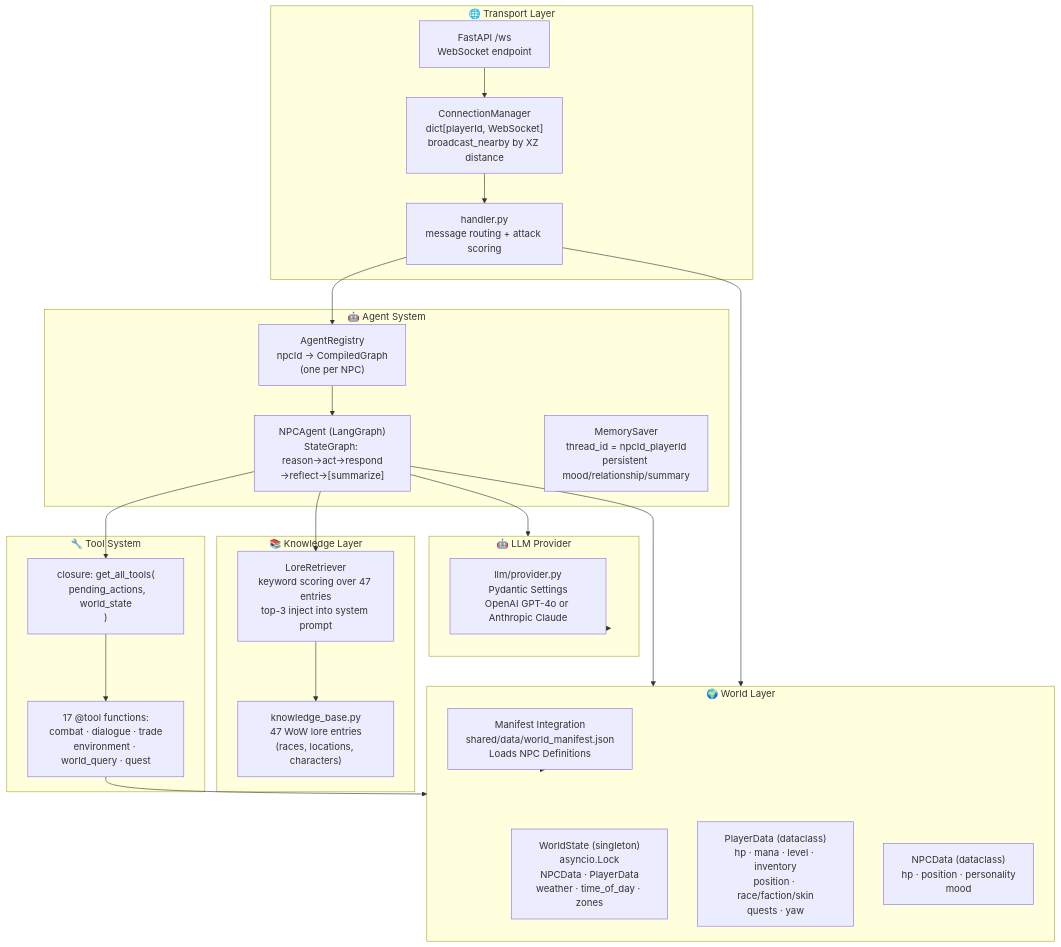
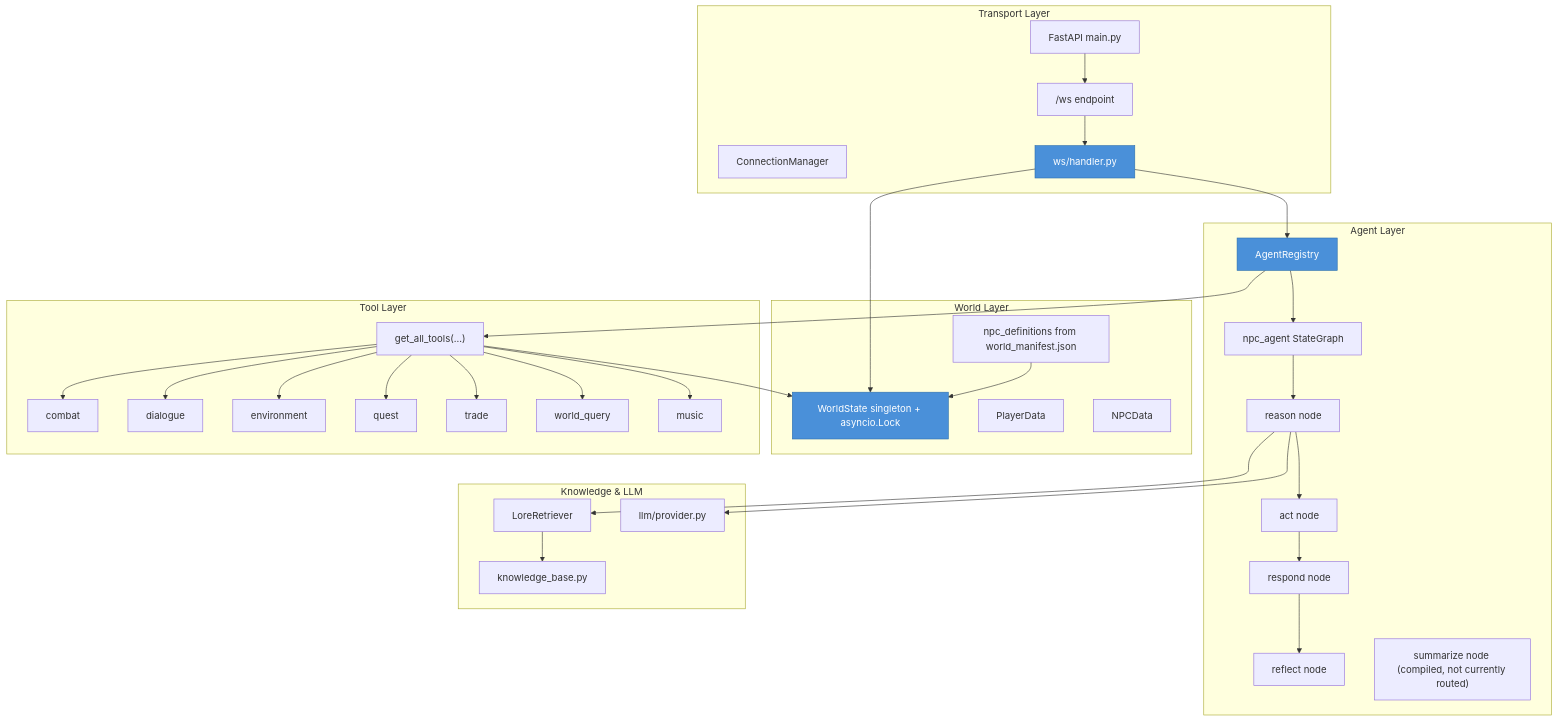
One commit to Zaexv/world-of-prompcraft changed the first of 7 diagrams in server/ARCHITECTURE.md. Above: the diagram before and after it, drawn with Mermaid. The commit also changed other lines of this file and 2 other files, not shown here.

Commit message:
docs(architecture): update client/server architecture docs

````diff
--- a/server/ARCHITECTURE.md
+++ b/server/ARCHITECTURE.md
@@ -9,46 +9,57 @@
 ```mermaid
 flowchart TD
-    subgraph Transport["🌐 Transport Layer"]
-        WS["FastAPI /ws\nWebSocket endpoint"]
-        CM["ConnectionManager\ndict[playerId, WebSocket]\nbroadcast_nearby by XZ distance"]
-        H["handler.py\nmessage routing + attack scoring"]
+    subgraph Transport["Transport Layer"]
+        API["FastAPI main.py"]
+        WS["/ws endpoint"]
+        CM["ConnectionManager"]
+        H["ws/handler.py"]
     end
 
-    subgraph AgentSystem["🤖 Agent System"]
-        AR["AgentRegistry\nnpcId → CompiledGraph\n(one per NPC)"]
-        AG["NPCAgent (LangGraph)\nStateGraph: reason→act→respond\n→reflect→[summarize]"]
-        MS["MemorySaver\nthread_id = npcId_playerId\npersistent mood/relationship/summary"]
+    subgraph Agent["Agent Layer"]
+        REG["AgentRegistry"]
+        G["npc_agent StateGraph"]
+        RN["reason node"]
+        AN["act node"]
+        RSP["respond node"]
+        RF["reflect node"]
+        SUM["summarize node (compiled, not currently routed)"]
     end
 
-    subgraph Tools["🔧 Tool System"]
-        TC["closure: get_all_tools(\n  pending_actions, world_state\n)"]
-        TK["17 @tool functions:\ncombat · dialogue · trade\nenvironment · world_query · quest"]
+    subgraph World["World Layer"]
+        WSTATE["WorldState singleton + asyncio.Lock"]
+        PDATA["PlayerData"]
+        NDATA["NPCData"]
+        NDEF["npc_definitions from world_manifest.json"]
     end
 
-    subgraph World["🌍 World Layer"]
-        WS2["WorldState (singleton)\nasyncio.Lock\nNPCData · PlayerData\nweather · time_of_day · zones"]
-        PD["PlayerData (dataclass)\nhp · mana · level · inventory\nposition · race/faction/skin\nquests · yaw"]
-        ND["NPCData (dataclass)\nhp · position · personality\nmood"]
-        WM["Manifest Integration\nshared/data/world_manifest.json\nLoads NPC Definitions"]
+    subgraph Tooling["Tool Layer"]
+        TOOLS["get_all_tools(...)"]
+        C["combat"]
+        D["dialogue"]
+        E["environment"]
+        Q["quest"]
+        T["trade"]
+        WQ["world_query"]
+        M["music"]
     end
 
-    subgraph Knowledge["📚 Knowledge Layer"]
-        RAG["LoreRetriever\nkeyword scoring over 47 entries\ntop-3 inject into system prompt"]
-        KB["knowledge_base.py\n47 WoW lore entries\n(races, locations, characters)"]
+    subgraph Knowledge["Knowledge & LLM"]
+        RAG["LoreRetriever"]
+        KB["knowledge_base.py"]
+        LLM["llm/provider.py"]
     end
 
-    subgraph LLM["🤖 LLM Provider"]
-        LP["llm/provider.py\nPydantic Settings\nOpenAI GPT-4o or Anthropic Claude"]
-    end
+    API --> WS --> H --> REG --> G
+    H --> WSTATE
+    REG --> TOOLS
+    TOOLS --> C & D & E & Q & T & WQ & M
+    G --> RN --> AN --> RSP --> RF
+    RN --> RAG --> KB
+    RN --> LLM
+    TOOLS --> WSTATE
+    NDEF --> WSTATE
 
-    WS --> CM --> H
-    H --> AR
-    AR --> AG
-    AG --> TC --> TK
-    AG --> RAG --> KB
-    AG --> LLM --> LP
-    TK --> World
-    H --> World
-    AG --> World
-    WM --> World
+    style H fill:#4a90d9,color:#fff,stroke:#2c6fad
+    style REG fill:#4a90d9,color:#fff,stroke:#2c6fad
+    style WSTATE fill:#4a90d9,color:#fff,stroke:#2c6fad
 ```
````
